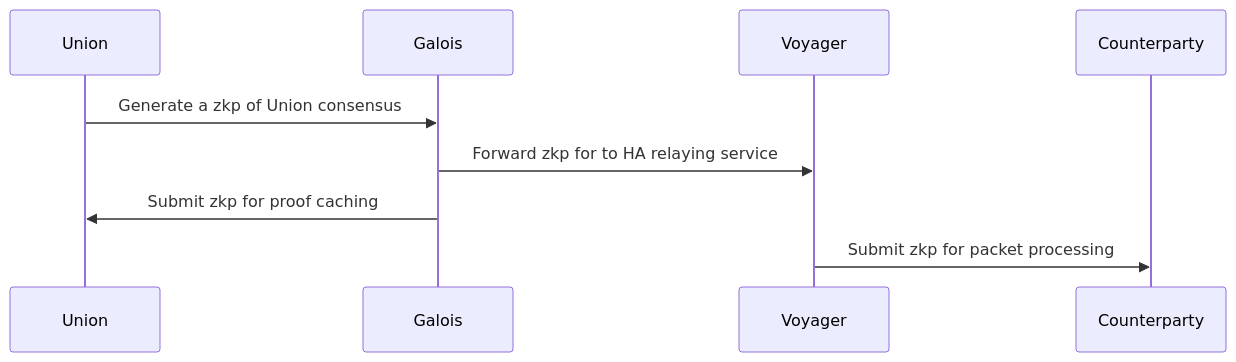
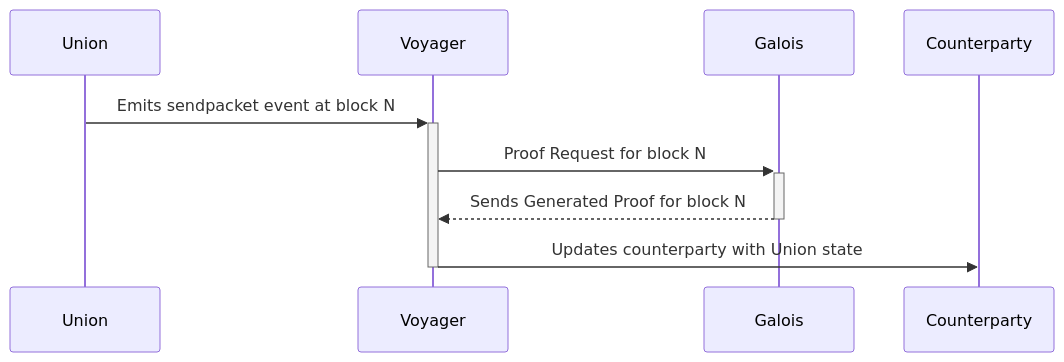
One commit to unionlabs/union changed the diagram in docs/docs/02_architecture/galois.md. Above: the diagram before and after it, drawn with Mermaid. The commit also changed other lines of this file, not shown here.

Commit message:
docs: correct galois architecture diagram

````diff
--- a/docs/docs/02_architecture/galois.md
+++ b/docs/docs/02_architecture/galois.md
@@ -17,7 +21,7 @@
 ```mermaid
 sequenceDiagram
-    Union->>Galois: Generate a zkp of Union consensus
-    Galois->>Voyager: Forward zkp for to HA relaying service
-    Galois->>Union: Submit zkp for proof caching
-    Voyager->>Counterparty: Submit zkp for packet processing
+    Union->>+Voyager: Emits sendpacket event at block N
+    Voyager->>+Galois: Proof Request for block N
+    Galois-->>-Voyager: Sends Generated Proof for block N
+    Voyager->>-Counterparty: Updates counterparty with Union state
 ```
````
